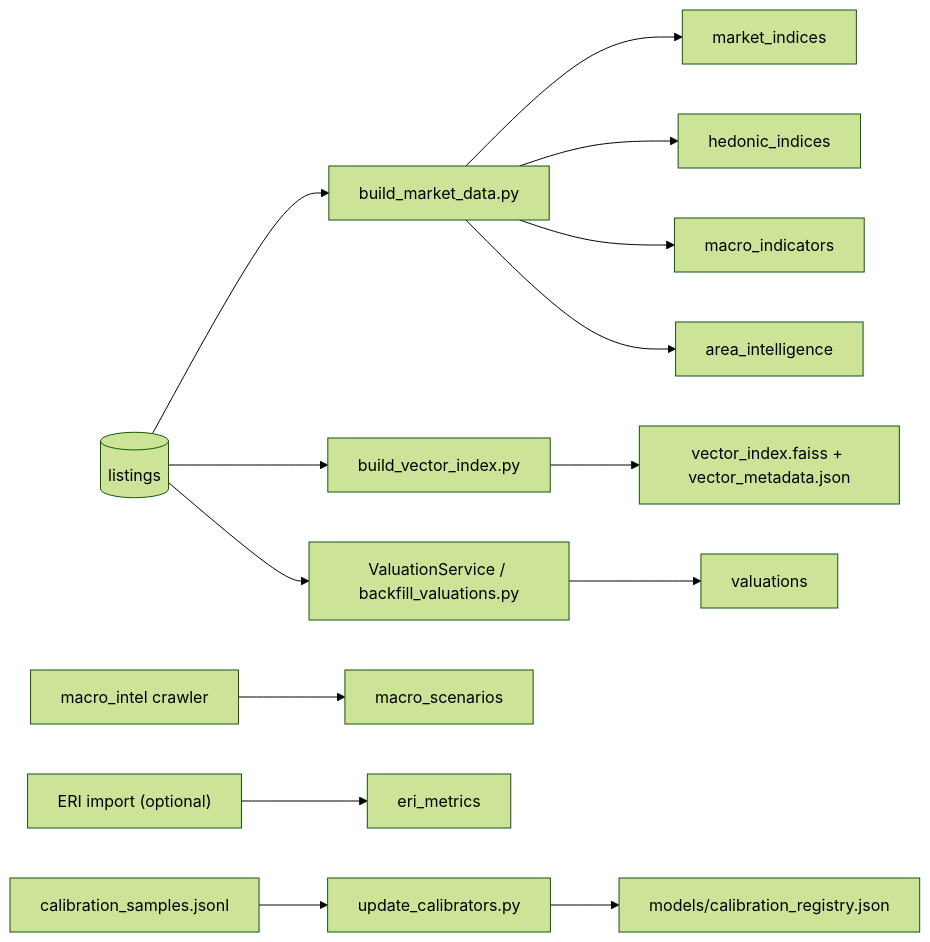
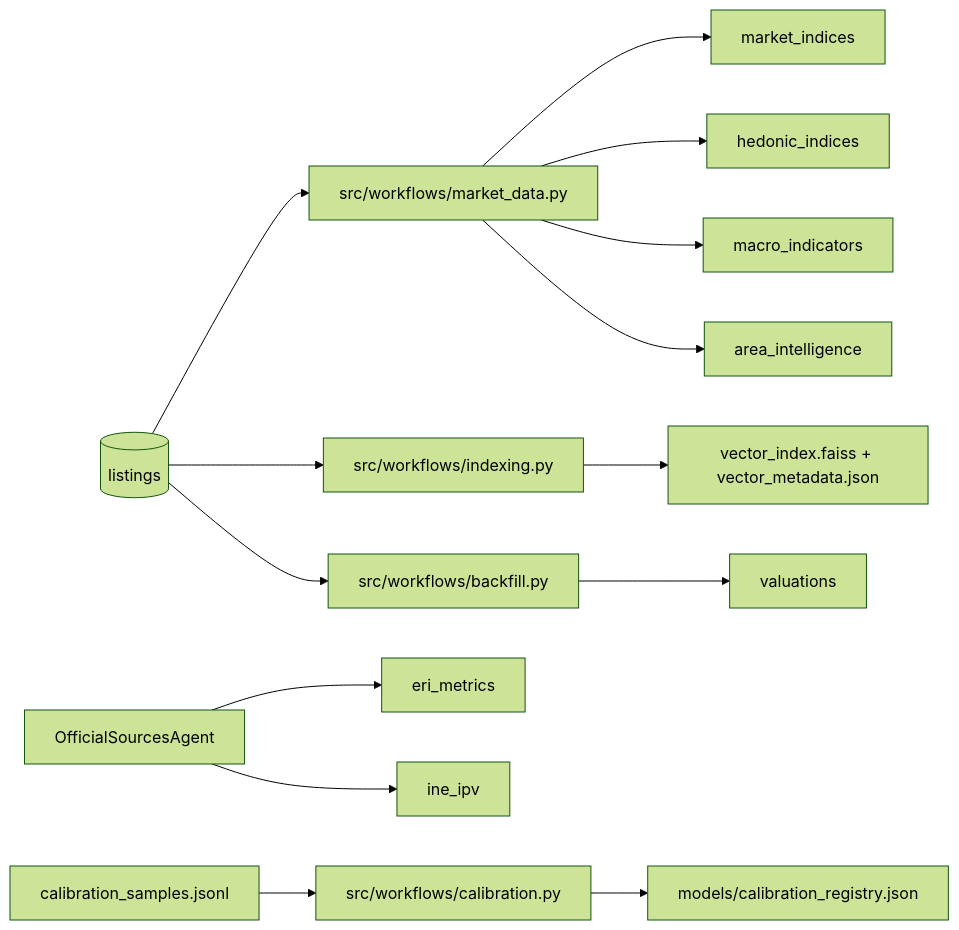
The third of 4 diagrams in docs/02_data_pipeline.md (Nirtzur0/PropertyScanner), drawn with Mermaid (forest theme) before and after one commit. The commit also changed other lines of this file and 28 other files, not shown here.

Commit message:
docs: Update architecture, pipeline, and model documentation + Refactor services to use Repositories

````diff
--- a/docs/02_data_pipeline.md
+++ b/docs/02_data_pipeline.md
@@ -23,19 +45,20 @@
 ```mermaid
 flowchart LR
-    Listings[("listings")] --> BuildMarket["build_market_data.py"]
+    Listings[("listings")] --> BuildMarket["src/workflows/market_data.py"]
     BuildMarket --> MI["market_indices"]
     BuildMarket --> HI["hedonic_indices"]
     BuildMarket --> Macro["macro_indicators"]
     BuildMarket --> Area["area_intelligence"]
 
-    Listings --> BuildIndex["build_vector_index.py"]
+    Listings --> BuildIndex["src/workflows/indexing.py"]
     BuildIndex --> VI["vector_index.faiss + vector_metadata.json"]
 
-    MacroCrawler["macro_intel crawler"] --> MS["macro_scenarios"]
-    Listings --> ValFlow["ValuationService / backfill_valuations.py"]
-    ValFlow --> Val["valuations"]
+    Gov["OfficialSourcesAgent"] --> ERI["eri_metrics"]
+    Gov --> IPV["ine_ipv"]
 
-    ERIImport["ERI import (optional)"] --> ERI["eri_metrics"]
-    CalibSamples["calibration_samples.jsonl"] --> CalibUpdate["update_calibrators.py"]
+    Listings --> Backfill["src/workflows/backfill.py"]
+    Backfill --> Val["valuations"]
+
+    CalibSamples["calibration_samples.jsonl"] --> CalibUpdate["src/workflows/calibration.py"]
     CalibUpdate --> Calib["models/calibration_registry.json"]
 ```
````
